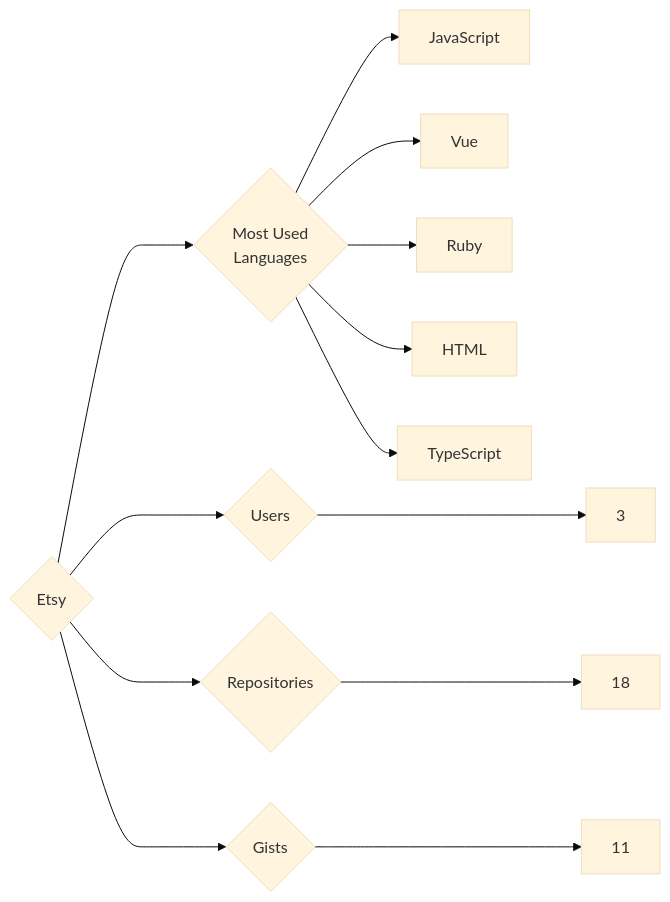
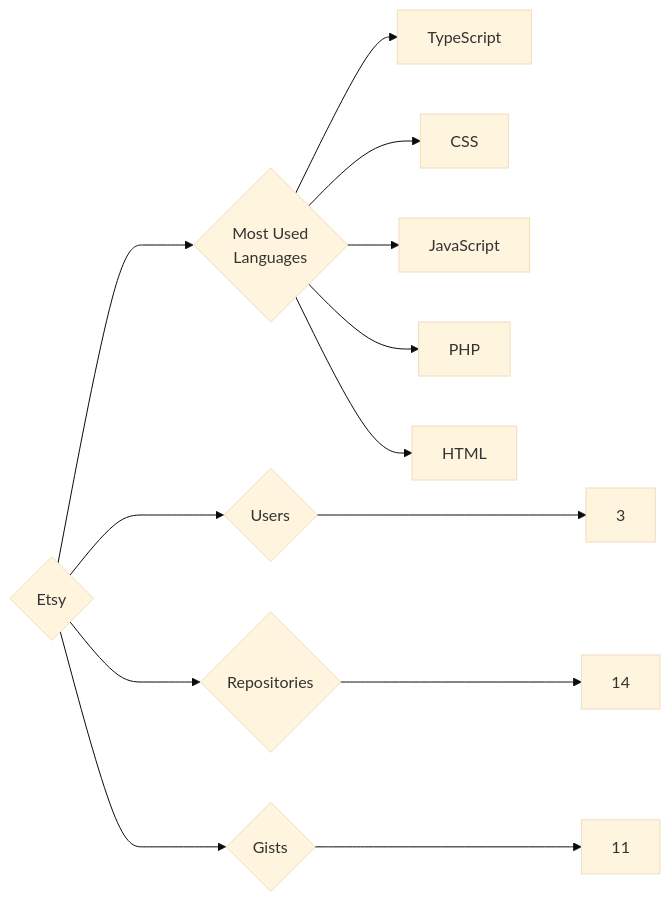
The diagram in targets/Etsy/README.md (trickest/insiders), drawn with Mermaid (base theme) before and after one commit. The commit also changed 993 other files, not shown here.

````diff
--- a/targets/Etsy/README.md
+++ b/targets/Etsy/README.md
@@ -3,13 +3,13 @@
 ```mermaid
 graph LR
 COMPANY_NAME{Etsy}
 COMPANY_NAME ---> U{Users} ---> UN[3]
-COMPANY_NAME ---> R{Repositories} ---> RN[18]
+COMPANY_NAME ---> R{Repositories} ---> RN[14]
 COMPANY_NAME ---> G{Gists} ---> GN[11]
 COMPANY_NAME ---> ML{Most Used<br>Languages}
+ML --> TypeScript[TypeScript]
+ML --> CSS[CSS]
 ML --> JavaScript[JavaScript]
-ML --> Vue[Vue]
-ML --> Ruby[Ruby]
+ML --> PHP[PHP]
 ML --> HTML[HTML]
-ML --> TypeScript[TypeScript]
 ```
````
